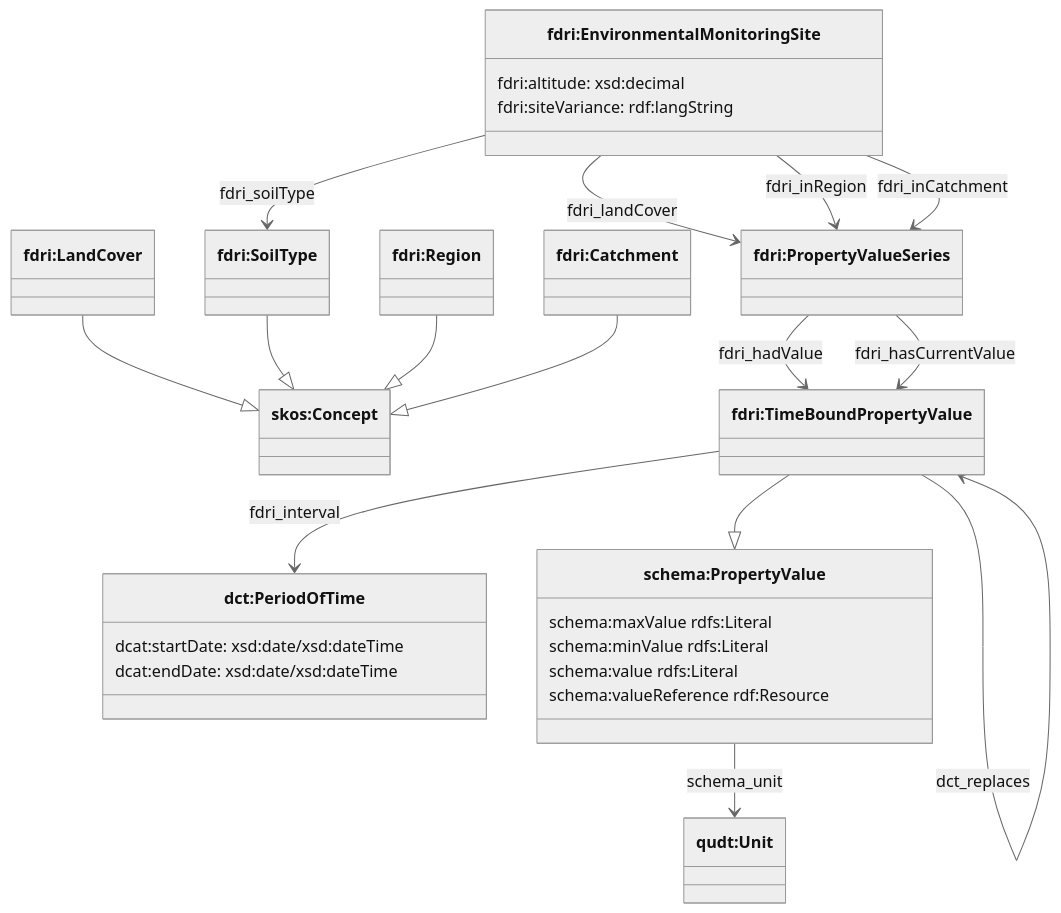
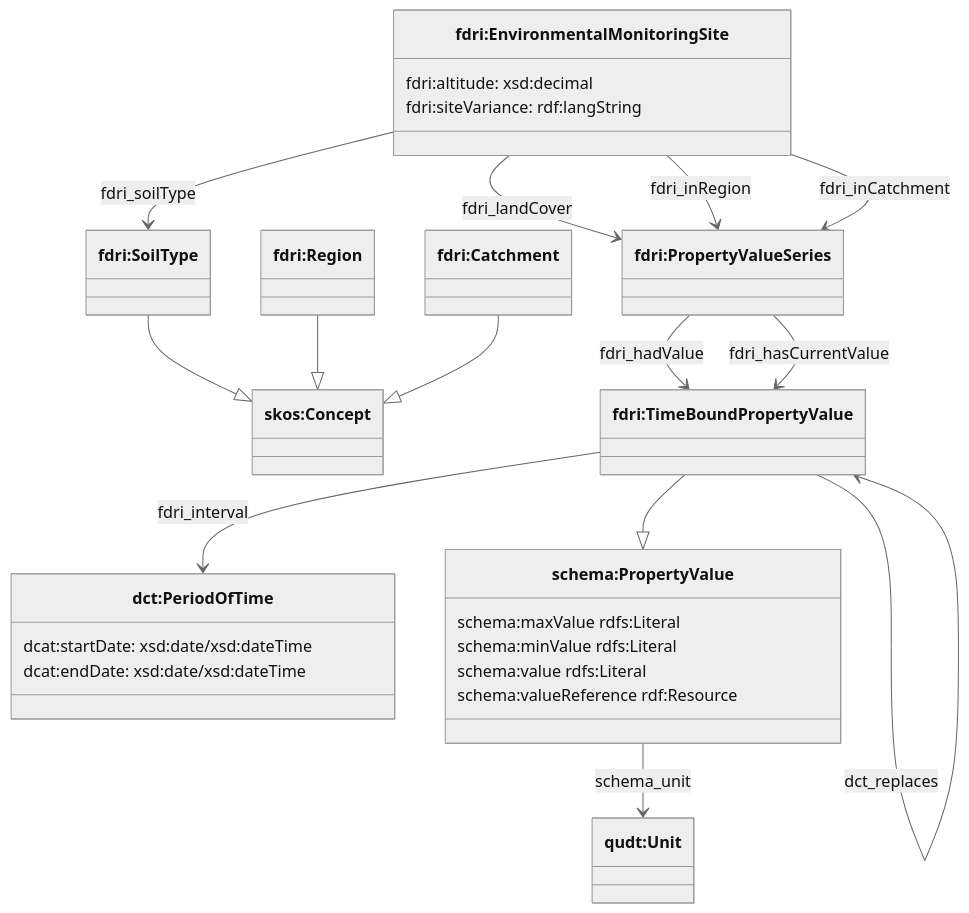
The third of 6 diagrams in ontology/doc/emf.md (NERC-CEH/fdri-ontology), drawn with Mermaid (neutral theme) before and after one commit. The commit also changed 3 other files, not shown here.

````diff
--- a/ontology/doc/emf.md
+++ b/ontology/doc/emf.md
@@ -115,41 +115,39 @@
 ```mermaid
 classDiagram
 class EMSite["fdri:EnvironmentalMonitoringSite"] {
   fdri:altitude: xsd:decimal
   fdri:siteVariance: rdf:langString
 }
-class LandCover["fdri:LandCover"]
 class PeriodOfTime["dct:PeriodOfTime"] {
   dcat:startDate: xsd:date/xsd:dateTime
   dcat:endDate: xsd:date/xsd:dateTime
 }
 class SoilType["fdri:SoilType"]
 class Concept["skos:Concept"]
 class TimeBoundPropertyValue["fdri:TimeBoundPropertyValue"] 
 class PropertyValue["schema:PropertyValue"] {
     schema:maxValue rdfs:Literal
     schema:minValue rdfs:Literal
     schema:value rdfs:Literal
     schema:valueReference rdf:Resource
 }
 class Unit["qudt:Unit"]
 class Region["fdri:Region"]
 class Catchment["fdri:Catchment"]
 class PropertyValueSeries["fdri:PropertyValueSeries"]
 
 EMSite --> PropertyValueSeries: fdri_landCover
 EMSite --> SoilType: fdri_soilType
 EMSite --> PropertyValueSeries: fdri_inRegion
 EMSite --> PropertyValueSeries: fdri_inCatchment
 
 PropertyValueSeries --> TimeBoundPropertyValue: fdri_hadValue
 PropertyValueSeries --> TimeBoundPropertyValue: fdri_hasCurrentValue
 TimeBoundPropertyValue --|> PropertyValue
 TimeBoundPropertyValue --> PeriodOfTime: fdri_interval
 TimeBoundPropertyValue --> TimeBoundPropertyValue: dct_replaces
-LandCover --|> Concept
 SoilType --|> Concept
 Region --|> Concept
 Catchment --|> Concept
 PropertyValue --> Unit: schema_unit
 ```
````
